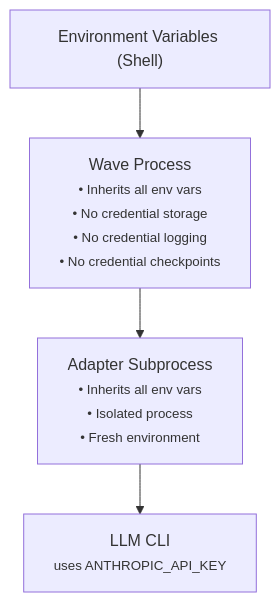
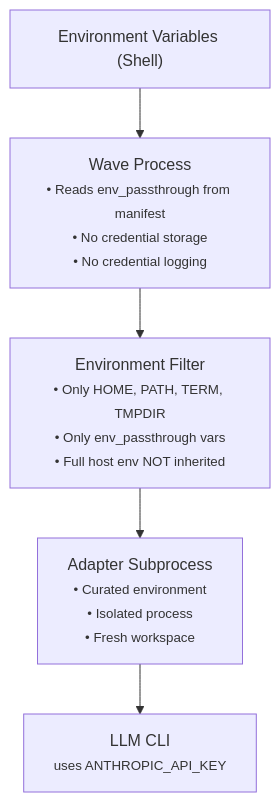
One commit to re-cinq/wave changed the first of 2 diagrams in docs/trust-center/security-model.md. Above: the diagram before and after it, drawn with Mermaid. The commit also changed other lines of this file and 6 other files, not shown here.

````diff
--- a/docs/trust-center/security-model.md
+++ b/docs/trust-center/security-model.md
@@ -28,9 +50,10 @@
 ```mermaid
 flowchart TD
     ENV["Environment Variables (Shell)"]
-    WAVE["Wave Process<br/><small>• Inherits all env vars<br/>• No credential storage<br/>• No credential logging<br/>• No credential checkpoints</small>"]
-    ADAPTER["Adapter Subprocess<br/><small>• Inherits all env vars<br/>• Isolated process<br/>• Fresh environment</small>"]
+    WAVE["Wave Process<br/><small>• Reads env_passthrough from manifest<br/>• No credential storage<br/>• No credential logging</small>"]
+    FILTER["Environment Filter<br/><small>• Only HOME, PATH, TERM, TMPDIR<br/>• Only env_passthrough vars<br/>• Full host env NOT inherited</small>"]
+    ADAPTER["Adapter Subprocess<br/><small>• Curated environment<br/>• Isolated process<br/>• Fresh workspace</small>"]
     LLM["LLM CLI<br/><small>uses ANTHROPIC_API_KEY</small>"]
 
-    ENV --> WAVE --> ADAPTER --> LLM
+    ENV --> WAVE --> FILTER --> ADAPTER --> LLM
 ```
````
